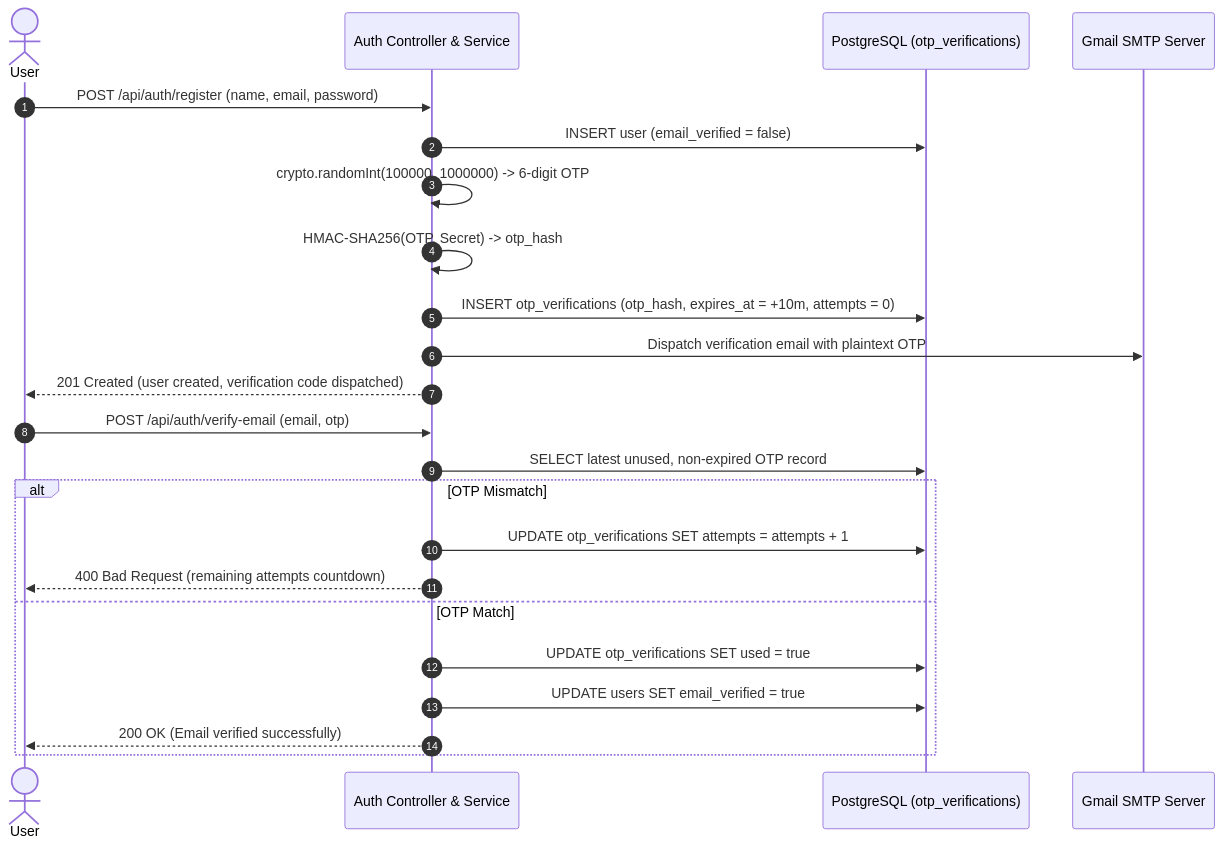
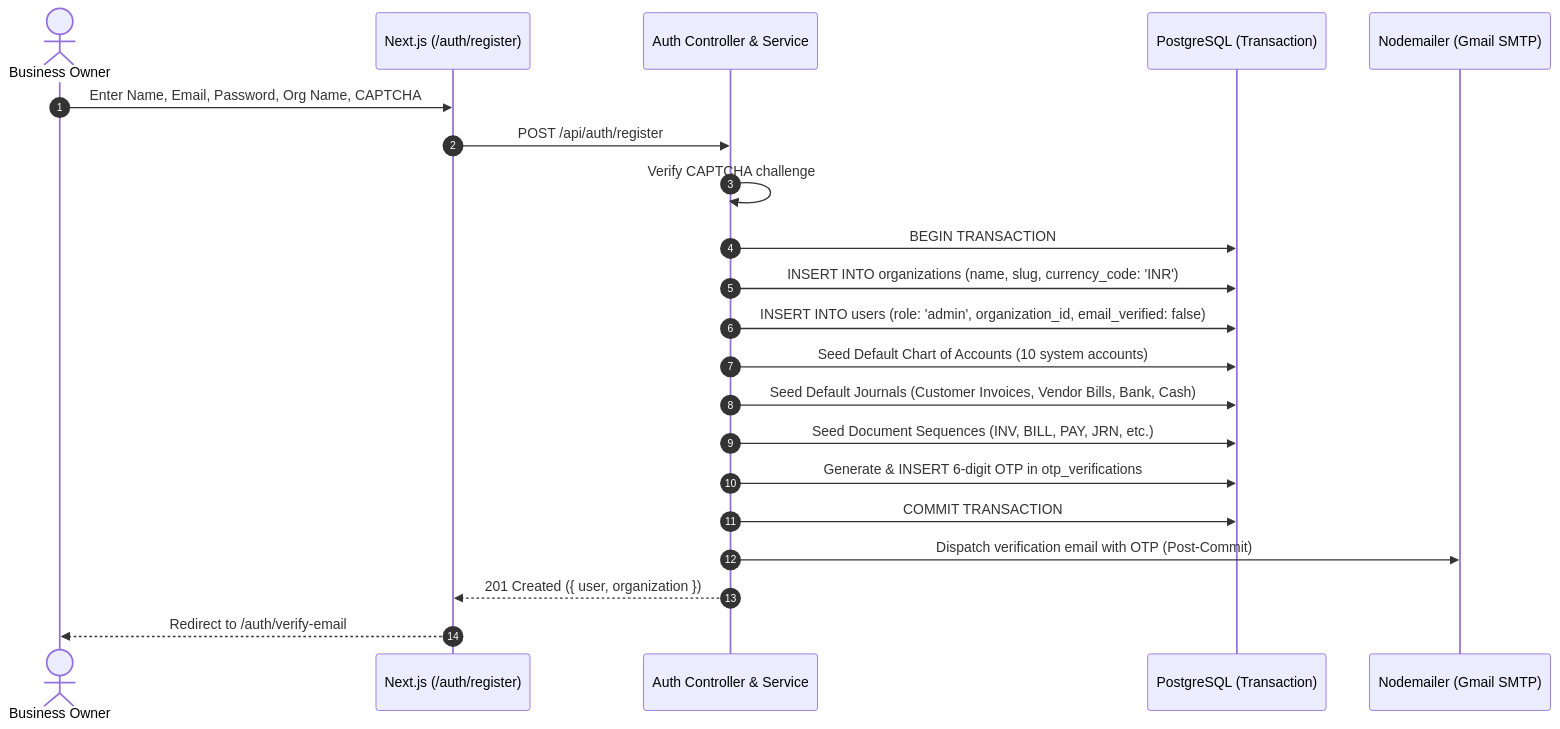
One commit to Dhrumil-Kharadi/Urban_Furniture changed the third of 9 diagrams in Doc/auth.md. Above: the diagram before and after it, drawn with Mermaid. The commit also changed other lines of this file and 4 other files, not shown here.

````diff
--- a/Doc/auth.md
+++ b/Doc/auth.md
@@ -153,27 +129,24 @@
 ```mermaid
 sequenceDiagram
     autonumber
-    actor User
-    participant Server as Auth Controller & Service
-    participant DB as PostgreSQL (otp_verifications)
-    participant SMTP as Gmail SMTP Server
+    actor Owner as Business Owner
+    participant Web as Next.js (/auth/register)
+    participant API as Auth Controller & Service
+    participant DB as PostgreSQL (Transaction)
+    participant SMTP as Nodemailer (Gmail SMTP)
 
-    User->>Server: POST /api/auth/register (name, email, password)
-    Server->>DB: INSERT user (email_verified = false)
-    Server->>Server: crypto.randomInt(100000, 1000000) -> 6-digit OTP
-    Server->>Server: HMAC-SHA256(OTP, Secret) -> otp_hash
-    Server->>DB: INSERT otp_verifications (otp_hash, expires_at = +10m, attempts = 0)
-    Server->>SMTP: Dispatch verification email with plaintext OTP
-    Server-->>User: 201 Created (user created, verification code dispatched)
-
-    User->>Server: POST /api/auth/verify-email (email, otp)
-    Server->>DB: SELECT latest unused, non-expired OTP record
-    alt OTP Mismatch
-        Server->>DB: UPDATE otp_verifications SET attempts = attempts + 1
-        Server-->>User: 400 Bad Request (remaining attempts countdown)
-    else OTP Match
-        Server->>DB: UPDATE otp_verifications SET used = true
-        Server->>DB: UPDATE users SET email_verified = true
-        Server-->>User: 200 OK (Email verified successfully)
-    end
+    Owner->>Web: Enter Name, Email, Password, Org Name, CAPTCHA
+    Web->>API: POST /api/auth/register
+    API->>API: Verify CAPTCHA challenge
+    API->>DB: BEGIN TRANSACTION
+    API->>DB: INSERT INTO organizations (name, slug, currency_code: 'INR')
+    API->>DB: INSERT INTO users (role: 'admin', organization_id, email_verified: false)
+    API->>DB: Seed Default Chart of Accounts (10 system accounts)
+    API->>DB: Seed Default Journals (Customer Invoices, Vendor Bills, Bank, Cash)
+    API->>DB: Seed Document Sequences (INV, BILL, PAY, JRN, etc.)
+    API->>DB: Generate & INSERT 6-digit OTP in otp_verifications
+    API->>DB: COMMIT TRANSACTION
+    API->>SMTP: Dispatch verification email with OTP (Post-Commit)
+    API-->>Web: 201 Created ({ user, organization })
+    Web-->>Owner: Redirect to /auth/verify-email
 ```
````
